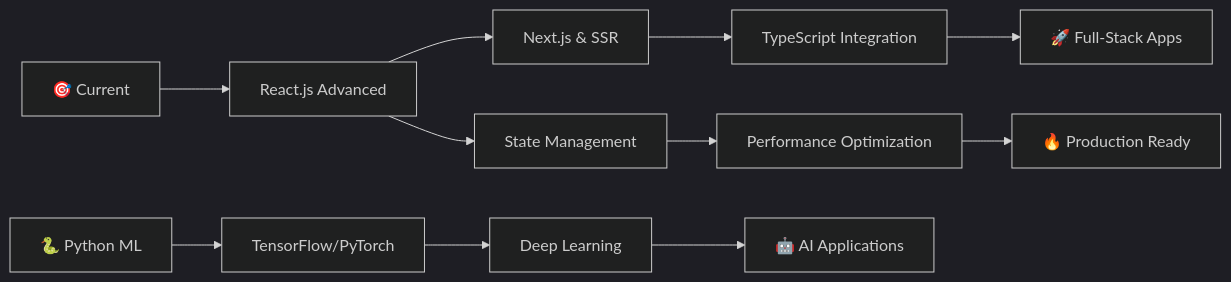
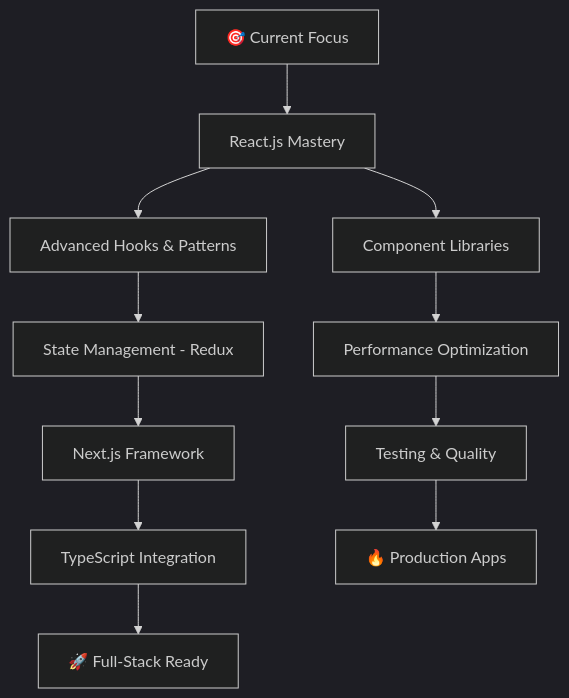
One commit to keerthirajsivashankar/keerthirajsivashankar changed the diagram in README.md. Above: the diagram before and after it, drawn with Mermaid (dark theme). The commit also changed other lines of this file, not shown here.

````diff
--- a/README.md
+++ b/README.md
@@ -213,15 +213,14 @@
 ```mermaid
-graph LR
-    A[🎯 Current] --> B[React.js Advanced]
-    B --> C[Next.js & SSR]
-    C --> D[TypeScript Integration]
-    D --> E[🚀 Full-Stack Apps]
+graph TD
+    A[🎯 Current Focus] --> B[React.js Mastery]
+    B --> C[Advanced Hooks & Patterns]
+    C --> D[State Management - Redux]
+    D --> E[Next.js Framework]
+    E --> F[TypeScript Integration]
+    F --> G[🚀 Full-Stack Ready]
     
-    F[🐍 Python ML] --> G[TensorFlow/PyTorch]
-    G --> H[Deep Learning]
-    H --> I[🤖 AI Applications]
-    
-    B --> J[State Management]
-    J --> K[Performance Optimization]
-    K --> L[🔥 Production Ready]
+    B --> H[Component Libraries]
+    H --> I[Performance Optimization]
+    I --> J[Testing & Quality]
+    J --> K[🔥 Production Apps]
 ```
````
